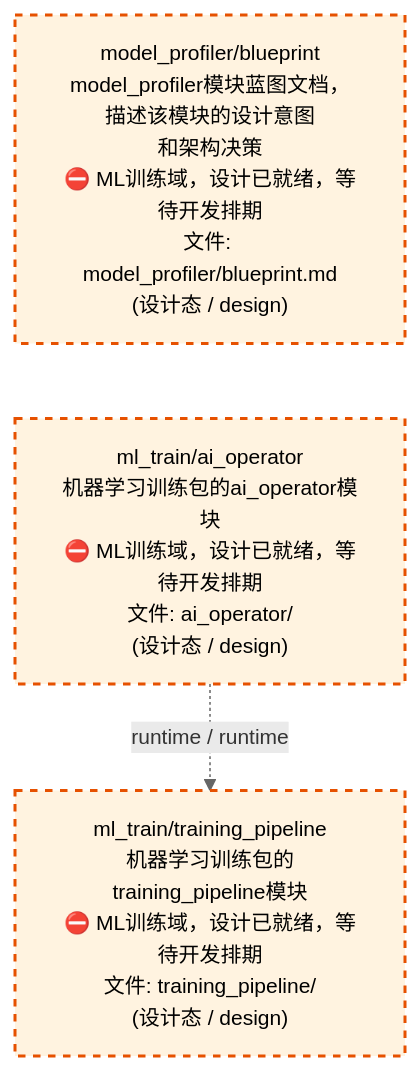
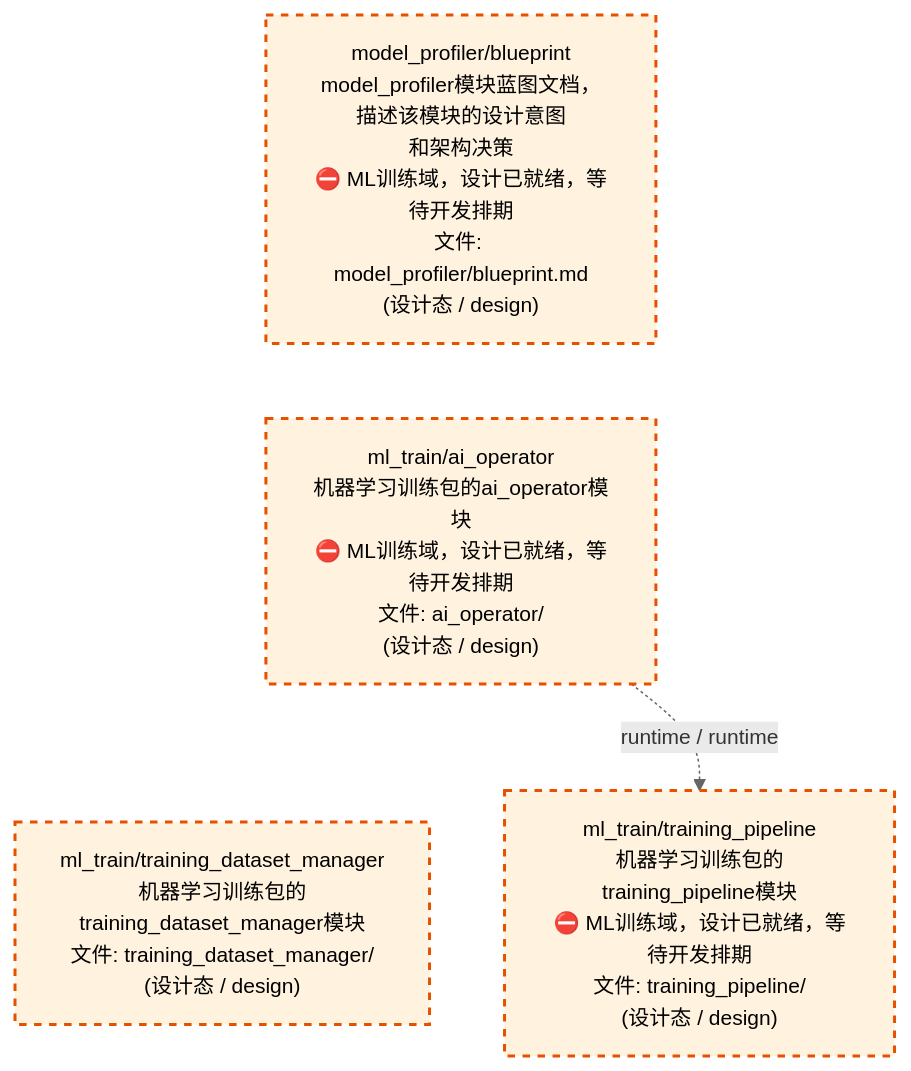
One commit to xuanFelixVan/ZephyrAlpha changed the third of 4 diagrams in docs/02_enterprise_architecture/02_domain_architecture_docs/61_d_ml_train.md. Above: the diagram before and after it, drawn with Mermaid. The commit also changed other lines of this file and 68 other files, not shown here.

````diff
--- a/docs/02_enterprise_architecture/02_domain_architecture_docs/61_d_ml_train.md
+++ b/docs/02_enterprise_architecture/02_domain_architecture_docs/61_d_ml_train.md
@@ -119,14 +121,16 @@
 ```mermaid
 %%{init: {'theme': 'base', 'themeVariables': {'primaryColor': '#eaeaea', 'primaryTextColor': '#333333', 'primaryBorderColor': '#666666', 'lineColor': '#666666', 'secondaryColor': '#eaeaea', 'tertiaryColor': '#eaeaea', 'fontSize': '14px'}}}%%
 flowchart TD
     docs_03_modules_cross_layer_model_profiler_blueprint_md["model_profiler/blueprint<br/>model_profiler模块蓝图文档，描述该模块的设计意图<br/>和架构决策<br/>⛔ ML训练域，设计已就绪，等待开发排期<br/>文件: model_profiler/blueprint.md<br/>(设计态 / design)"]
     src_zephyr_ml_train_ai_operator["ml_train/ai_operator<br/>机器学习训练包的ai_operator模块<br/>⛔ ML训练域，设计已就绪，等待开发排期<br/>文件: ai_operator/<br/>(设计态 / design)"]
+    src_zephyr_ml_train_training_dataset_manager["ml_train/training_dataset_manager<br/>机器学习训练包的training_dataset_manager模块<br/>文件: training_dataset_manager/<br/>(设计态 / design)"]
     docs_03_modules_cross_layer_model_profiler_blueprint_md ~~~ src_zephyr_ml_train_ai_operator
+    src_zephyr_ml_train_ai_operator ~~~ src_zephyr_ml_train_training_dataset_manager
     src_zephyr_ml_train_training_pipeline["ml_train/training_pipeline<br/>机器学习训练包的training_pipeline模块<br/>⛔ ML训练域，设计已就绪，等待开发排期<br/>文件: training_pipeline/<br/>(设计态 / design)"]
     src_zephyr_ml_train_ai_operator -.->|runtime / runtime| src_zephyr_ml_train_training_pipeline
     classDef production fill:#e1f5fe,stroke:#01579b,stroke-width:2px,color:#000
     classDef design fill:#fff3e0,stroke:#e65100,stroke-width:2px,color:#000,stroke-dasharray: 5 5
     classDef external_prod fill:#e8f4fd,stroke:#0277bd,stroke-width:1px,color:#000
     classDef external_design fill:#fff8e7,stroke:#ef6c00,stroke-width:1px,color:#000,stroke-dasharray: 5 5
-    class docs_03_modules_cross_layer_model_profiler_blueprint_md,src_zephyr_ml_train_ai_operator,src_zephyr_ml_train_training_pipeline design
+    class docs_03_modules_cross_layer_model_profiler_blueprint_md,src_zephyr_ml_train_ai_operator,src_zephyr_ml_train_training_dataset_manager,src_zephyr_ml_train_training_pipeline design
 ```
````
